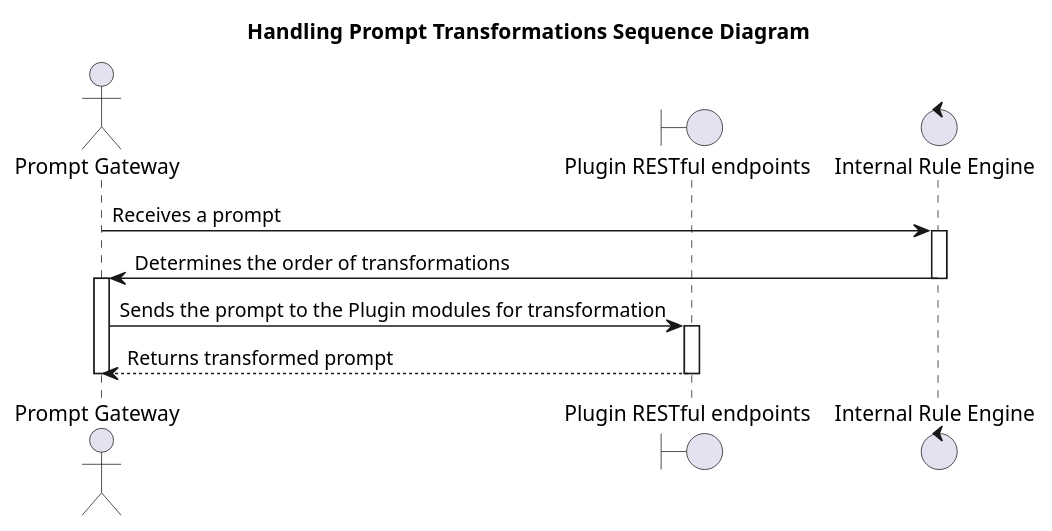
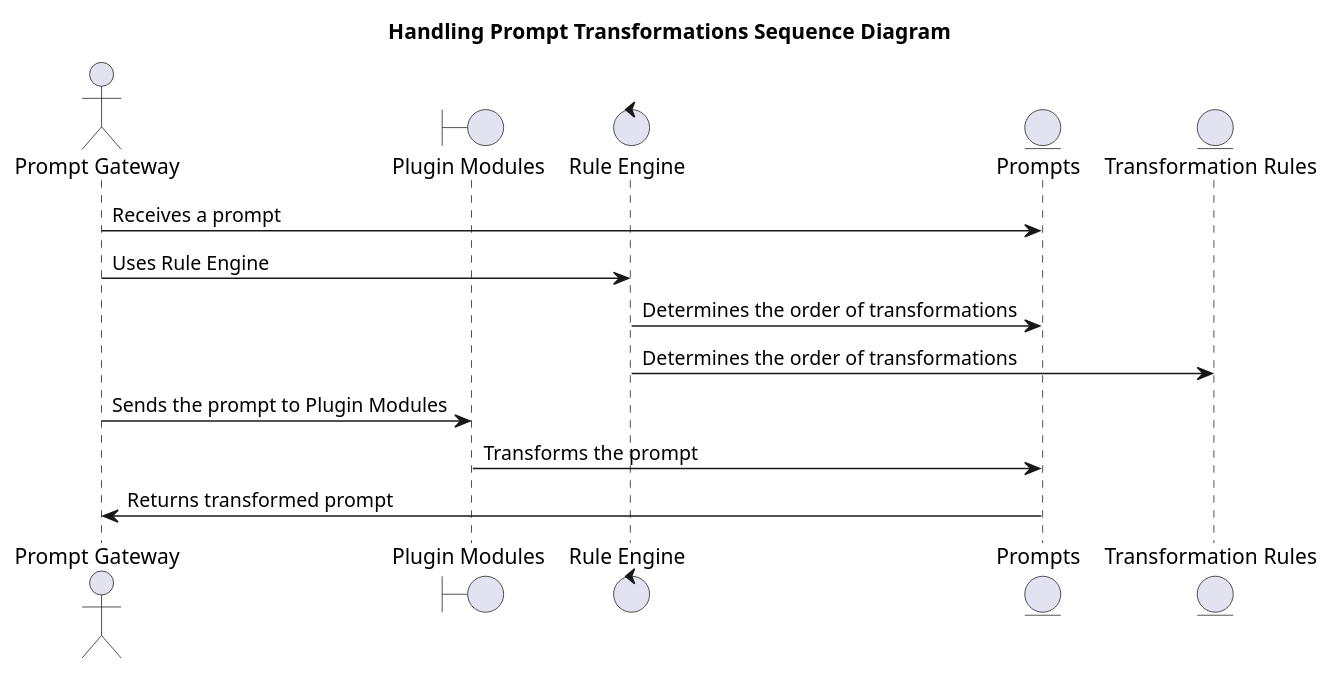
The eighth of 21 diagrams in Design_Document_Prompt_Gateway_RESTful_API_LLM.md (o2alexanderfedin/AI-demos), drawn with PlantUML before and after one commit. The commit also changed other lines of this file, not shown here.

````diff
--- a/Design_Document_Prompt_Gateway_RESTful_API_LLM.md
+++ b/Design_Document_Prompt_Gateway_RESTful_API_LLM.md
@@ -268,20 +306,19 @@
 ```plantuml
 @startuml
 title Handling Prompt Transformations Sequence Diagram
 
 actor "Prompt Gateway" as A
-boundary "Plugin RESTful endpoints" as B
-control "Internal Rule Engine" as C
+boundary "Plugin Modules" as B
+control "Rule Engine" as C
+entity "Prompts" as D
+entity "Transformation Rules" as E
 
-A -> C : Receives a prompt
-activate C
-C -> A : Determines the order of transformations
-deactivate C
-activate A
-A -> B : Sends the prompt to the Plugin modules for transformation
-activate B
-B --> A : Returns transformed prompt
-deactivate B
-deactivate A
+A -> D : Receives a prompt
+A -> C : Uses Rule Engine
+C -> D : Determines the order of transformations
+C -> E : Determines the order of transformations
+A -> B : Sends the prompt to Plugin Modules
+B -> D : Transforms the prompt
+D -> A : Returns transformed prompt
 @enduml
 ```
````
